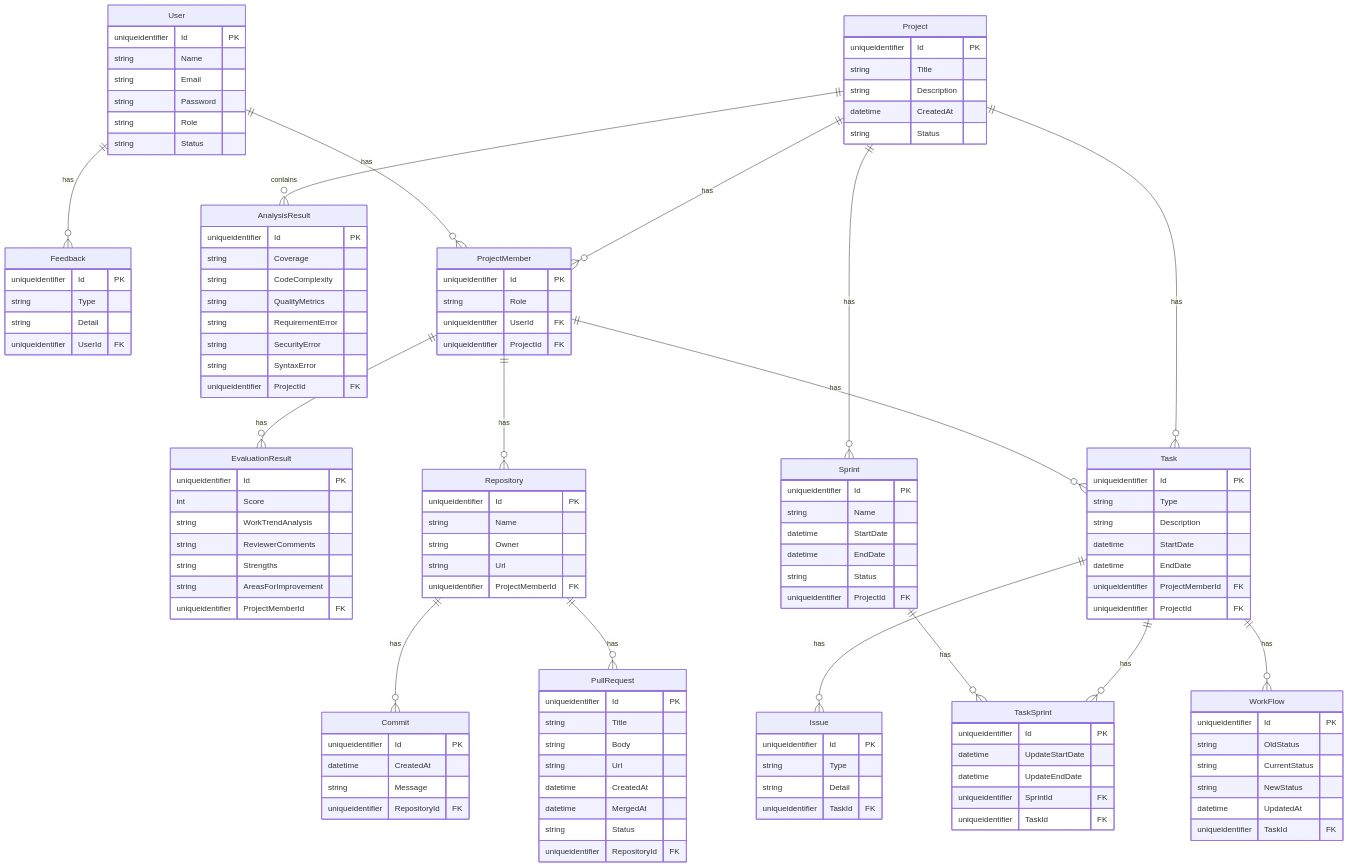
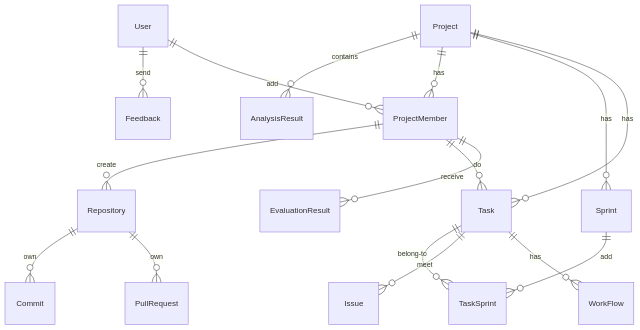
Before and after one commit to SWP490-GFA24SE110-FA24SE030/PMSAT: the diagram in Diagrams/erd.mermaid, drawn with Mermaid.

Commit message:
[Dgrm] Fixed ER diagram code (by hiep)

```diff
--- a/Diagrams/erd.mermaid
+++ b/Diagrams/erd.mermaid
@@ -1,152 +1,18 @@
 erDiagram
-    Commit {
-        uniqueidentifier Id PK
-        datetime CreatedAt
-        string Message
-        uniqueidentifier RepositoryId FK
-    }
-
-    EvaluationResult {
-        uniqueidentifier Id PK
-        int Score
-        string WorkTrendAnalysis
-        string ReviewerComments
-        string Strengths
-        string AreasForImprovement
-        uniqueidentifier ProjectMemberId FK
-    }
-
-    Feedback {
-        uniqueidentifier Id PK
-        string Type
-        string Detail
-        uniqueidentifier UserId FK
-    }
-
-    Issue {
-        uniqueidentifier Id PK
-        string Type
-        string Detail
-        uniqueidentifier TaskId FK
-    }
-
-    Project {
-        uniqueidentifier Id PK
-        string Title
-        string Description
-        datetime CreatedAt
-
-        %% public | private
-        string Status
-    }
-
-    AnalysisResult {
-        uniqueidentifier Id PK
-        string Coverage
-        string CodeComplexity
-        string QualityMetrics
-        string RequirementError
-        string SecurityError
-        string SyntaxError
-        uniqueidentifier ProjectId FK
-    }
-
-    ProjectMember {
-        uniqueidentifier Id PK
-
-        %% leader | .......
-        string Role
-
-        %% datetime JoinedDate
-        %% datetime LeftDate
-        uniqueidentifier UserId FK
-        uniqueidentifier ProjectId FK
-    }
-
-    PullRequest {
-        uniqueidentifier Id PK
-        string Title
-        string Body
-        string Url
-        datetime CreatedAt
-        datetime MergedAt
-        string Status
-        uniqueidentifier RepositoryId FK
-    }
-
-    Repository {
-        uniqueidentifier Id PK
-        string Name
-        string Owner
-        string Url
-        uniqueidentifier ProjectMemberId FK
-    }
-
-    Sprint {
-        uniqueidentifier Id PK
-        string Name
-        datetime StartDate
-        datetime EndDate
-
-        %% in progress | done
-        string Status
-
-        uniqueidentifier ProjectId FK
-    }
-
-    Task {
-        uniqueidentifier Id PK
-        string Type
-        string Description
-        datetime StartDate
-        datetime EndDate
-        uniqueidentifier ProjectMemberId FK
-        uniqueidentifier ProjectId FK
-    }
-
-    TaskSprint {
-        uniqueidentifier Id PK
-        datetime UpdateStartDate
-        datetime UpdateEndDate
-        uniqueidentifier SprintId FK
-        uniqueidentifier TaskId FK
-    }
-
-    User {
-        uniqueidentifier Id PK
-        string Name
-        string Email
-        string Password
-
-        %% admin | user | moderator
-        string Role
-
-        %% activated | deactivated
-        string Status
-    }
-
-    WorkFlow {
-        uniqueidentifier Id PK
-        string OldStatus
-        string CurrentStatus
-        string NewStatus
-        datetime UpdatedAt
-        uniqueidentifier TaskId FK
-    }
 
     %% Relationships
-    Repository ||--o{ Commit : has
-    User ||--o{ Feedback : has
+    Repository ||--o{ Commit : own
+    User ||--o{ Feedback : send
     Project ||--o{ AnalysisResult : contains
     Project ||--o{ ProjectMember : has
-    User ||--o{ ProjectMember : has
-    Repository ||--o{ PullRequest : has
-    ProjectMember ||--o{ Repository : has
+    User ||--o{ ProjectMember : add
+    Repository ||--o{ PullRequest : own
+    ProjectMember ||--o{ Repository : create
     Project ||--o{ Sprint : has
     Project ||--o{ Task : has
-    ProjectMember ||--o{ Task : has
-    ProjectMember ||--o{ EvaluationResult : has
-    Task ||--o{ TaskSprint : has
-    Task ||--o{ Issue : has
-    Sprint ||--o{ TaskSprint : has
+    ProjectMember ||--o{ Task : do
+    ProjectMember ||--o{ EvaluationResult : receive
+    Task ||--o{ TaskSprint : belong-to
+    Task ||--o{ Issue : meet
+    Sprint ||--o{ TaskSprint : add
     Task ||--o{ WorkFlow : has
```
